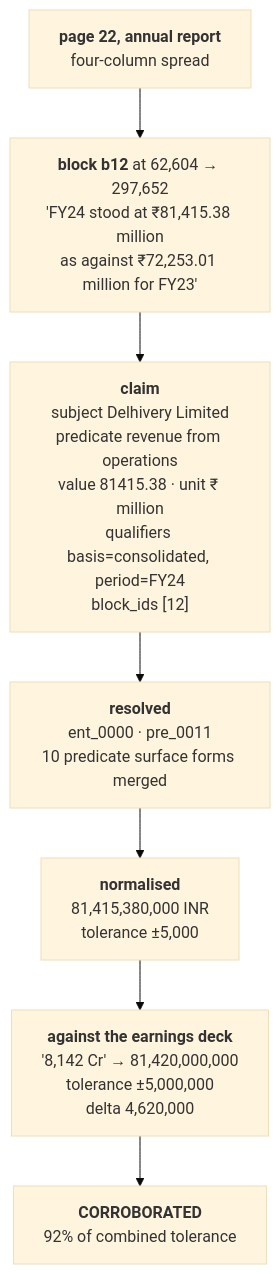
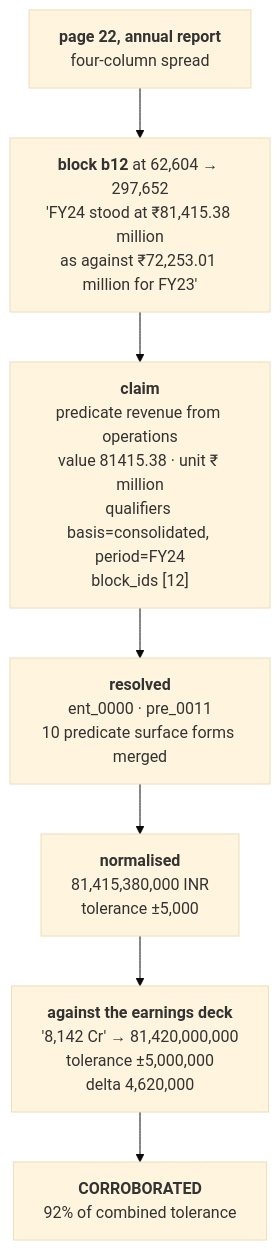
One commit to vishcrv/albatross changed the third of 4 diagrams in README.md. Above: the diagram before and after it, drawn with Mermaid (base theme). The commit also changed other lines of this file, not shown here.

````diff
--- a/README.md
+++ b/README.md
@@ -95,10 +98,10 @@
 ```mermaid
 flowchart TD
     P["<b>page 22, annual report</b><br/>four-column spread"] --> BL
     BL["<b>block b12</b> at 62,604 → 297,652<br/>'FY24 stood at ₹81,415.38 million<br/>as against ₹72,253.01 million for FY23'"] --> CL
-    CL["<b>claim</b><br/>subject Delhivery Limited<br/>predicate revenue from operations<br/>value 81415.38 · unit ₹ million<br/>qualifiers basis=consolidated, period=FY24<br/>block_ids [12]"] --> RG
+    CL["<b>claim</b><br/>predicate revenue from operations<br/>value 81415.38 · unit ₹ million<br/>qualifiers basis=consolidated, period=FY24<br/>block_ids [12]"] --> RG
     RG["<b>resolved</b><br/>ent_0000 · pre_0011<br/>10 predicate surface forms merged"] --> NM
     NM["<b>normalised</b><br/>81,415,380,000 INR<br/>tolerance ±5,000"] --> VD
     VD["<b>against the earnings deck</b><br/>'8,142 Cr' → 81,420,000,000<br/>tolerance ±5,000,000<br/>delta 4,620,000"] --> OUT
     OUT["<b>CORROBORATED</b><br/>92% of combined tolerance"]
 ```
````
